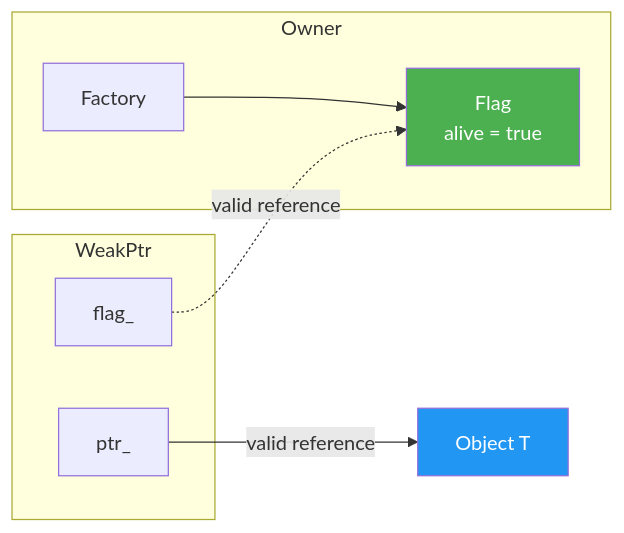
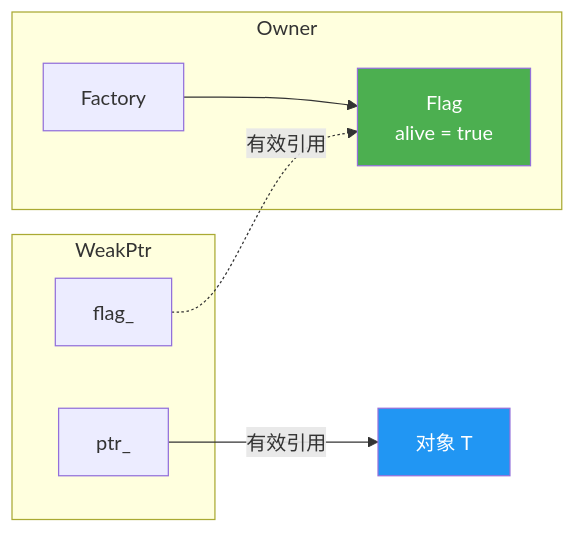
One commit to Awesome-Embedded-Learning-Studio/Tutorial_AwesomeModernCPP changed the first of 2 diagrams in documents/en/vol8-domains/cpp-deep-dives/pointer-semantics/02-unsafe-weakptr-ub.md. Above: the diagram before and after it, drawn with Mermaid. The commit also changed other lines of this file and 749 other files, not shown here.

````diff
--- a/documents/en/vol8-domains/cpp-deep-dives/pointer-semantics/02-unsafe-weakptr-ub.md
+++ b/documents/en/vol8-domains/cpp-deep-dives/pointer-semantics/02-unsafe-weakptr-ub.md
@@ -132,16 +132,16 @@
 ```mermaid
 graph LR
     subgraph Owner["Owner"]
         Factory["Factory"]
         Flag["Flag\nalive = true"]
     end
     Factory --> Flag
     subgraph WP["WeakPtr"]
         ptr["ptr_"]
         fp["flag_"]
     end
-    fp -.->|"valid reference"| Flag
-    ptr -->|"valid reference"| T["Object T"]
+    fp -.->|"有效引用"| Flag
+    ptr -->|"有效引用"| T["对象 T"]
     style Flag fill:#4CAF50,color:#fff
     style T fill:#2196F3,color:#fff
 ```
````
